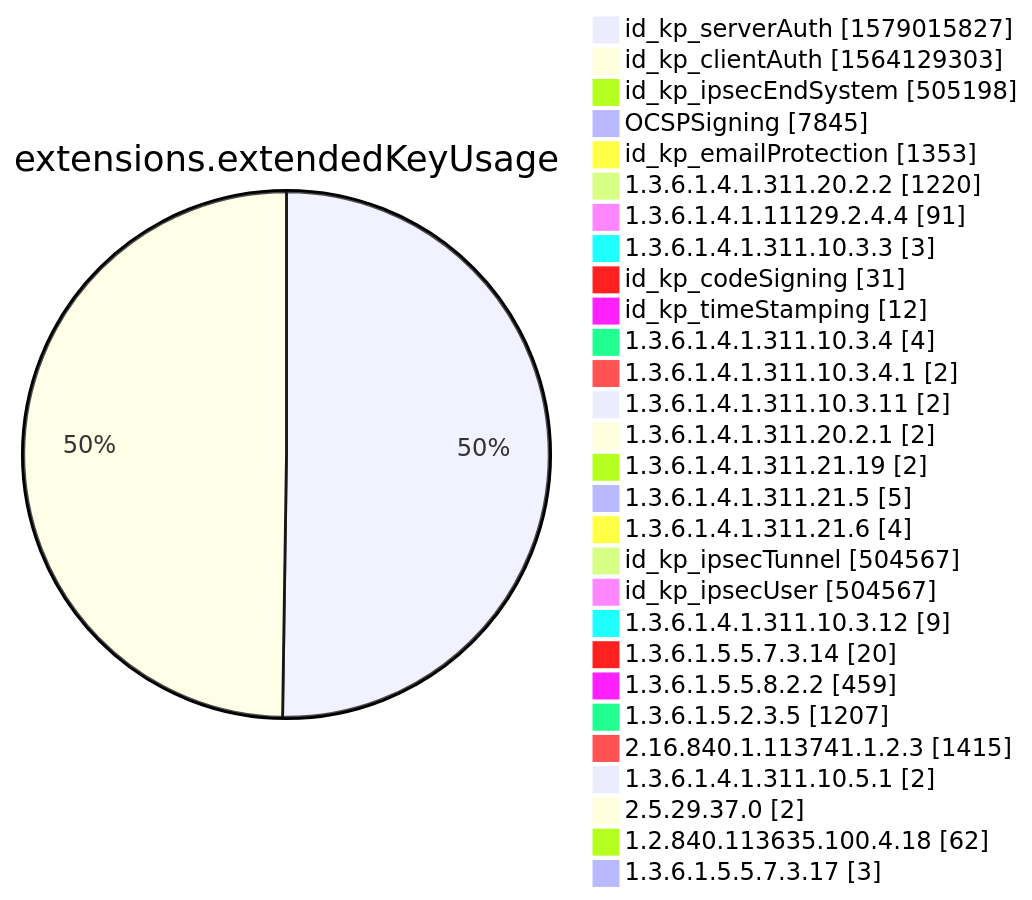
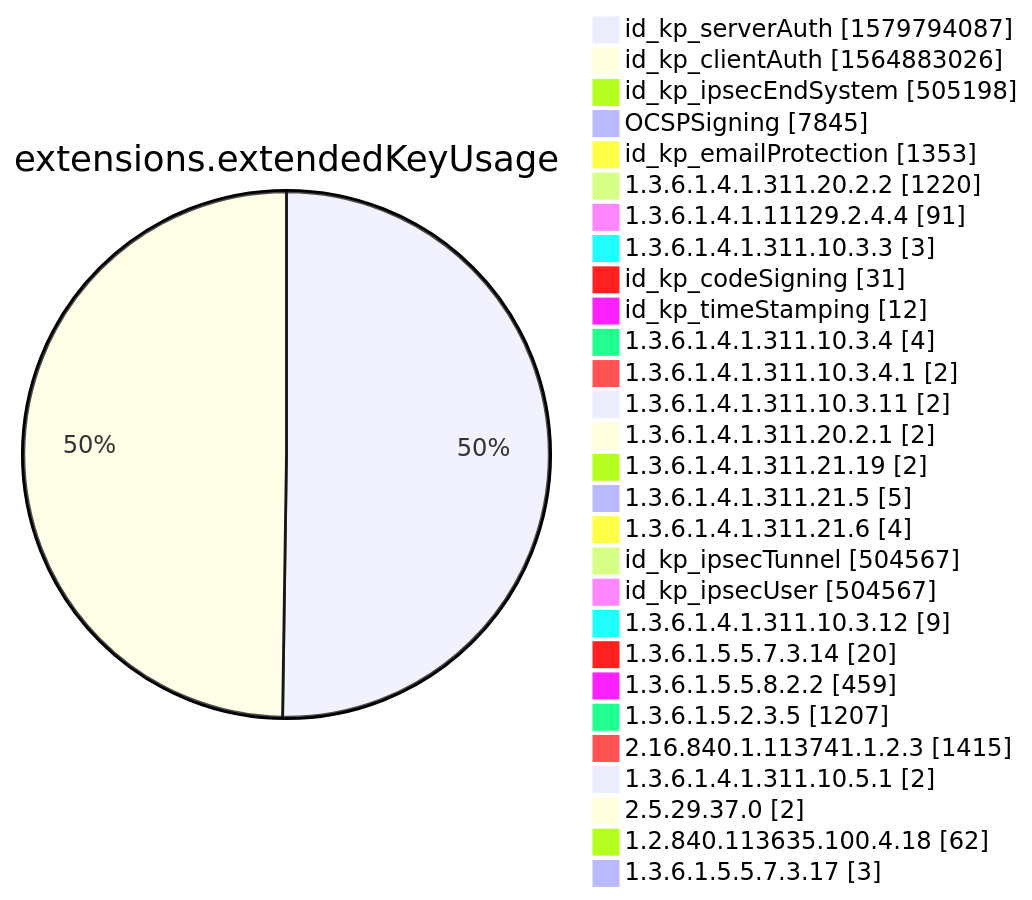
Diagram 12 of 15 in xenon2022/README.md (christiankrug/ctmonitor_visualization), drawn with Mermaid before and after one commit. The commit also changed other lines of this file, not shown here.

````diff
--- a/xenon2022/README.md
+++ b/xenon2022/README.md
@@ -3884,32 +3884,32 @@
 ```mermaid
 pie showData
 title extensions.extendedKeyUsage
-"id_kp_serverAuth" :1579015827
-"id_kp_clientAuth" :1564129303
+"id_kp_serverAuth" :1579794087
+"id_kp_clientAuth" :1564883026
 "id_kp_ipsecEndSystem" :505198
 "OCSPSigning" :7845
 "id_kp_emailProtection" :1353
 "1.3.6.1.4.1.311.20.2.2" :1220
 "1.3.6.1.4.1.11129.2.4.4" :91
 "1.3.6.1.4.1.311.10.3.3" :3
 "id_kp_codeSigning" :31
 "id_kp_timeStamping" :12
 "1.3.6.1.4.1.311.10.3.4" :4
 "1.3.6.1.4.1.311.10.3.4.1" :2
 "1.3.6.1.4.1.311.10.3.11" :2
 "1.3.6.1.4.1.311.20.2.1" :2
 "1.3.6.1.4.1.311.21.19" :2
 "1.3.6.1.4.1.311.21.5" :5
 "1.3.6.1.4.1.311.21.6" :4
 "id_kp_ipsecTunnel" :504567
 "id_kp_ipsecUser" :504567
 "1.3.6.1.4.1.311.10.3.12" :9
 "1.3.6.1.5.5.7.3.14" :20
 "1.3.6.1.5.5.8.2.2" :459
 "1.3.6.1.5.2.3.5" :1207
 "2.16.840.1.113741.1.2.3" :1415
 "1.3.6.1.4.1.311.10.5.1" :2
 "2.5.29.37.0" :2
 "1.2.840.113635.100.4.18" :62
 "1.3.6.1.5.5.7.3.17" :3
 ```
````
